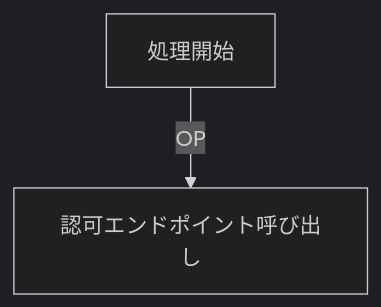
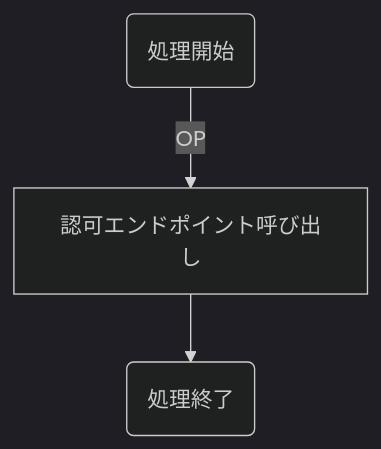
One commit to nob-islan/nob-openid-connect changed the diagram in docs/business-flow/design/rp/Authorization-endpoint-redirect.md. Above: the diagram before and after it, drawn with Mermaid. The commit also changed 10 other files, not shown here.

Commit message:
フロー図雛形完成

````diff
--- a/docs/business-flow/design/rp/Authorization-endpoint-redirect.md
+++ b/docs/business-flow/design/rp/Authorization-endpoint-redirect.md
@@ -3,5 +3,6 @@
 ```mermaid
 %%{init:{'theme':'dark'}}%%
 graph TD;
-    処理開始 --> |OP| 認可エンドポイント呼び出し
+    A(処理開始) --> |OP| B[認可エンドポイント呼び出し]
+    B --> C(処理終了)
 ```
````
